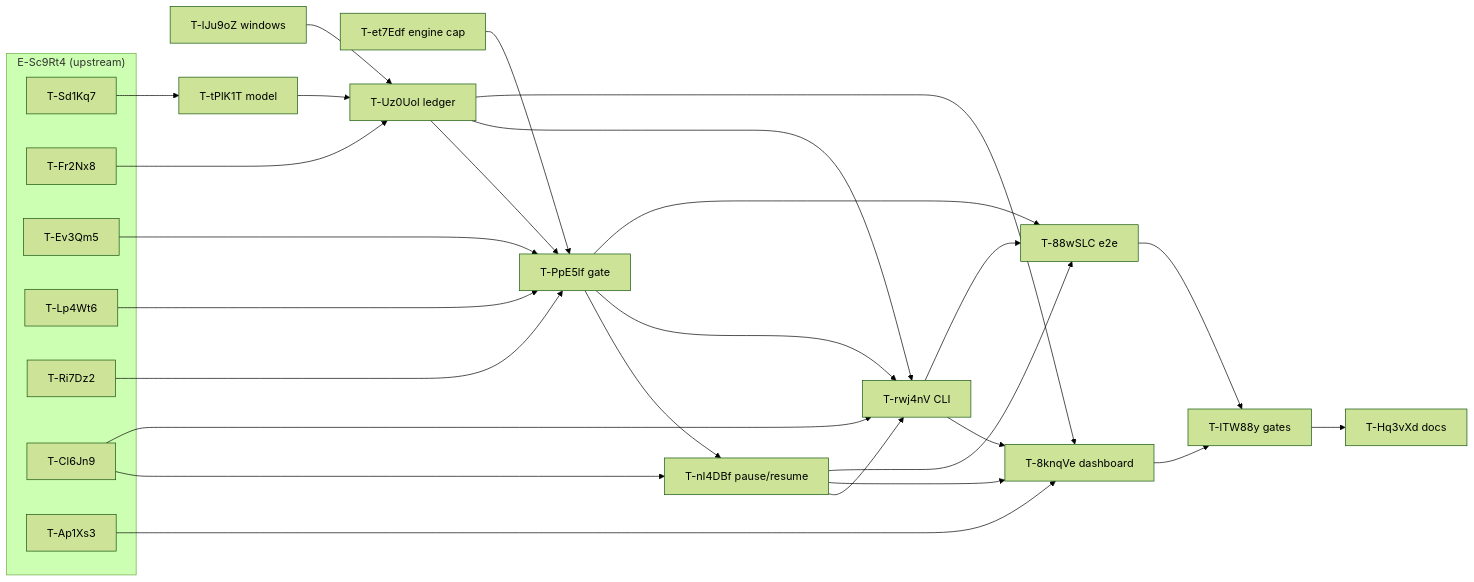
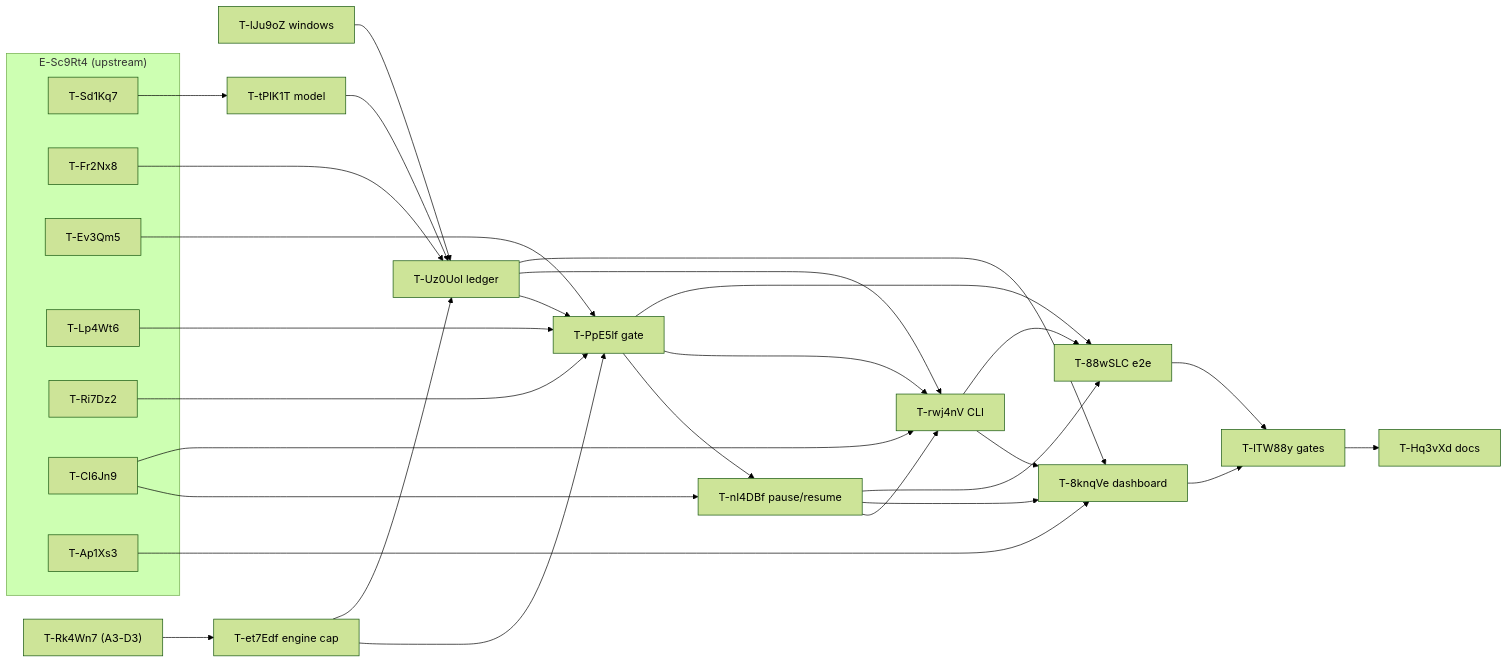
The fifth of 5 diagrams in docs-md/scheduled-run-governance-hld.md (avadhootdivekar/agent-orchestrator), drawn with Mermaid (forest theme) before and after one commit. The commit also changed other lines of this file and 14 other files, not shown here.

````diff
--- a/docs-md/scheduled-run-governance-hld.md
+++ b/docs-md/scheduled-run-governance-hld.md
@@ -1111,34 +1197,36 @@
 ```mermaid
 flowchart LR
   subgraph sc["E-Sc9Rt4 (upstream)"]
     Sd1["T-Sd1Kq7"]; Fr2["T-Fr2Nx8"]; Ev3["T-Ev3Qm5"]; Lp4["T-Lp4Wt6"]; Ri7["T-Ri7Dz2"]; Cl6["T-Cl6Jn9"]; Ap1["T-Ap1Xs3"]
   end
   W["T-lJu9oZ windows"]; C["T-et7Edf engine cap"]; M["T-tPlK1T model"]; L["T-Uz0Uol ledger"]
   G["T-PpE5lf gate"]; P["T-nI4DBf pause/resume"]; CLI["T-rwj4nV CLI"]; D["T-8knqVe dashboard"]
   E2E["T-88wSLC e2e"]; SEC["T-lTW88y gates"]; DOC["T-Hq3vXd docs"]
   Sd1 --> M
   Fr2 --> L
   W --> L
   M --> L
   L --> G
   C --> G
+  C --> L
+  RK["T-Rk4Wn7 (A3-D3)"] --> C
   Ev3 --> G
   Lp4 --> G
   Ri7 --> G
   G --> P
   Cl6 --> P
   G --> CLI
   Cl6 --> CLI
   L --> CLI
   P --> CLI
   P --> D
   L --> D
   Ap1 --> D
   CLI --> D
   G --> E2E
   P --> E2E
   CLI --> E2E
   E2E --> SEC
   D --> SEC
   SEC --> DOC
 ```
````
